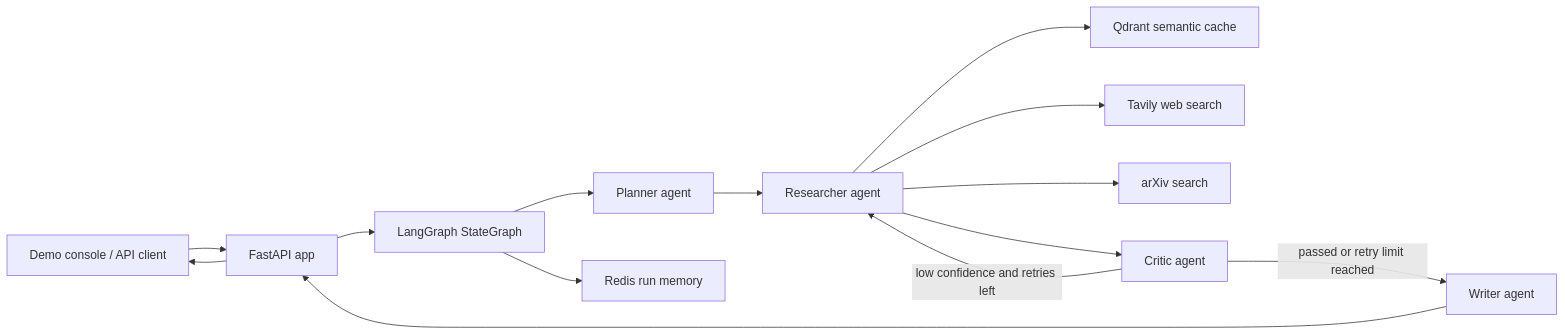
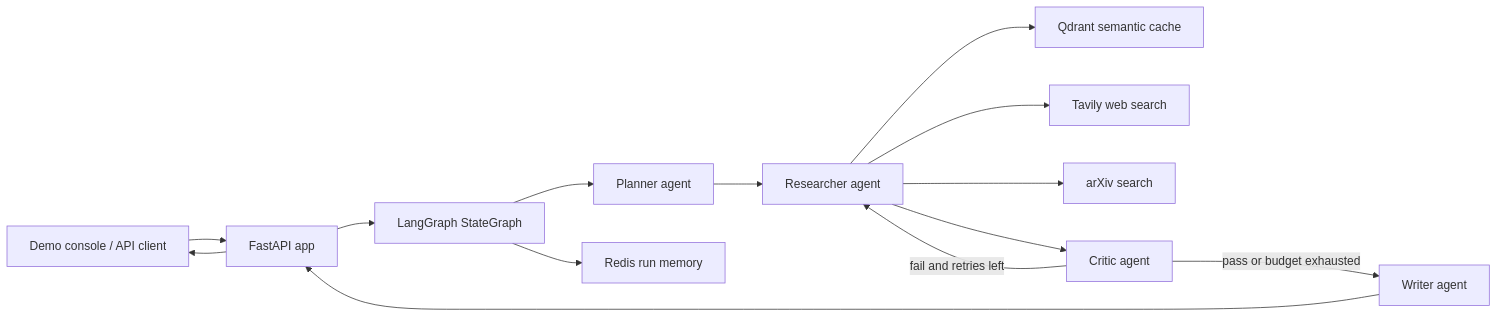
One commit to utkarshalpha/multi-agent-research-pipeline changed the diagram in docs/ARCHITECTURE.md. Above: the diagram before and after it, drawn with Mermaid. The commit also changed other lines of this file and 26 other files, not shown here.

````diff
--- a/docs/ARCHITECTURE.md
+++ b/docs/ARCHITECTURE.md
@@ -9,16 +11,16 @@
 ```mermaid
 flowchart LR
     Browser["Demo console / API client"] --> API["FastAPI app"]
     API --> Graph["LangGraph StateGraph"]
     Graph --> Planner["Planner agent"]
     Planner --> Researcher["Researcher agent"]
     Researcher --> Cache["Qdrant semantic cache"]
     Researcher --> Tavily["Tavily web search"]
     Researcher --> Arxiv["arXiv search"]
     Researcher --> Critic["Critic agent"]
-    Critic -->|low confidence and retries left| Researcher
-    Critic -->|passed or retry limit reached| Writer["Writer agent"]
+    Critic -->|fail and retries left| Researcher
+    Critic -->|pass or budget exhausted| Writer["Writer agent"]
     Writer --> API
     API --> Browser
     Graph --> Redis["Redis run memory"]
 ```
````
